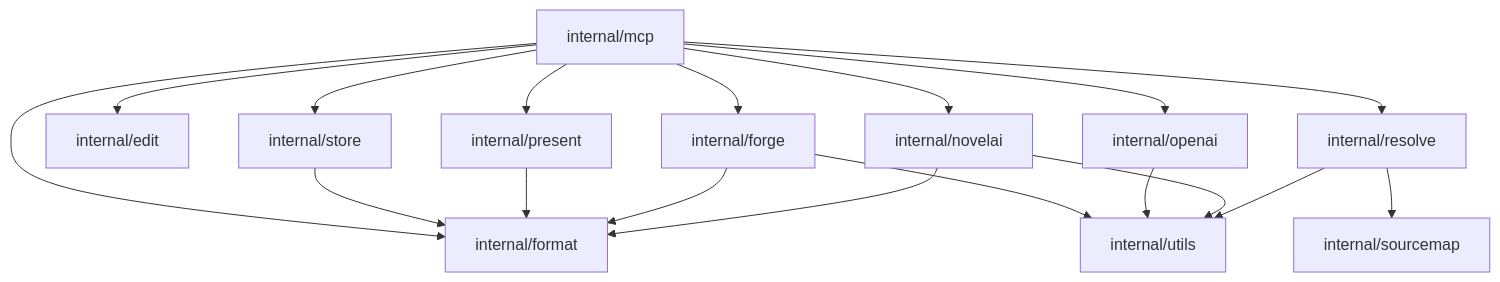
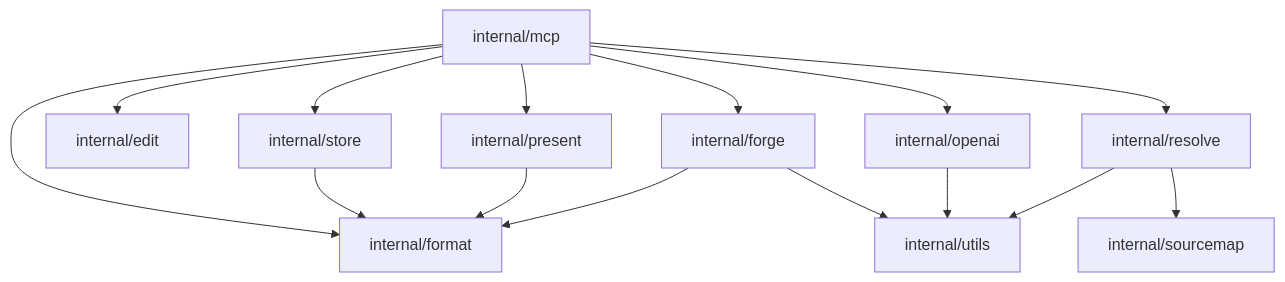
Before and after one commit to wishmatic/neo-mcp: the diagram in AGENTS.md, drawn with Mermaid. The commit also changed 38 other files, not shown here.

````diff
--- a/AGENTS.md
+++ b/AGENTS.md
@@ -83,34 +83,30 @@
 ```mermaid
 flowchart TD
     mcp["internal/mcp"]
     present["internal/present"]
     edit["internal/edit"]
     format["internal/format"]
     forge["internal/forge"]
     openai["internal/openai"]
-    novelai["internal/novelai"]
     sourcemap["internal/sourcemap"]
     resolve["internal/resolve"]
     store["internal/store"]
     utils["internal/utils"]
 
     mcp --> forge
     mcp --> openai
-    mcp --> novelai
     mcp --> edit
     mcp --> present
     mcp --> format
     mcp --> resolve
     mcp --> store
 
     store --> format
     present --> format
 
     forge --> format
     forge --> utils
     openai --> utils
-    novelai --> format
-    novelai --> utils
     resolve --> sourcemap
     resolve --> utils
 ```
````
